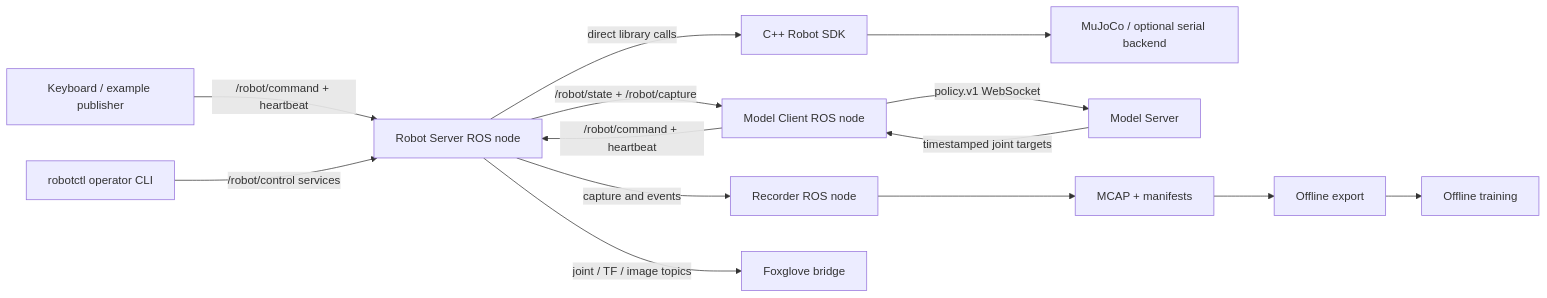
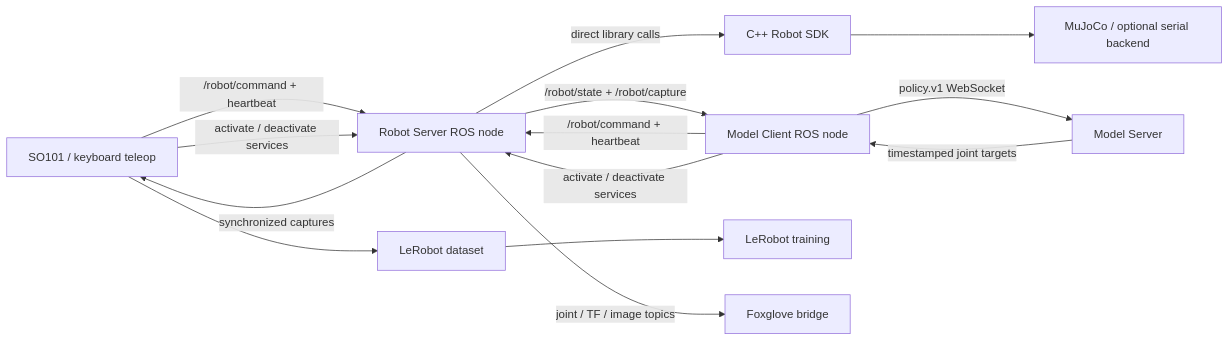
One commit to marcusoberg/robot_ws changed the diagram in docs/reference/architecture.md. Above: the diagram before and after it, drawn with Mermaid. The commit also changed other lines of this file and 69 other files, not shown here.

````diff
--- a/docs/reference/architecture.md
+++ b/docs/reference/architecture.md
@@ -3,16 +3,16 @@
 ```mermaid
 flowchart LR
-    Teleop[Keyboard / example publisher] -->|/robot/command + heartbeat| Server[Robot Server ROS node]
+    Teleop[SO101 / keyboard teleop] -->|/robot/command + heartbeat| Server[Robot Server ROS node]
     Client[Model Client ROS node] -->|/robot/command + heartbeat| Server
-    Operator[robotctl operator CLI] -->|/robot/control services| Server
+    Teleop -->|activate / deactivate services| Server
+    Client -->|activate / deactivate services| Server
     Server -->|direct library calls| SDK[C++ Robot SDK]
     SDK --> Backend[MuJoCo / optional serial backend]
     Server -->|/robot/state + /robot/capture| Client
     Client -->|policy.v1 WebSocket| Model[Model Server]
     Model -->|timestamped joint targets| Client
-    Server -->|capture and events| Recorder[Recorder ROS node]
-    Recorder --> MCAP[MCAP + manifests]
-    MCAP --> Export[Offline export]
-    Export --> Training[Offline training]
+    Server -->|synchronized captures| Teleop
+    Teleop --> Dataset[LeRobot dataset]
+    Dataset --> Training[LeRobot training]
     Server -->|joint / TF / image topics| Foxglove[Foxglove bridge]
 ```
````
